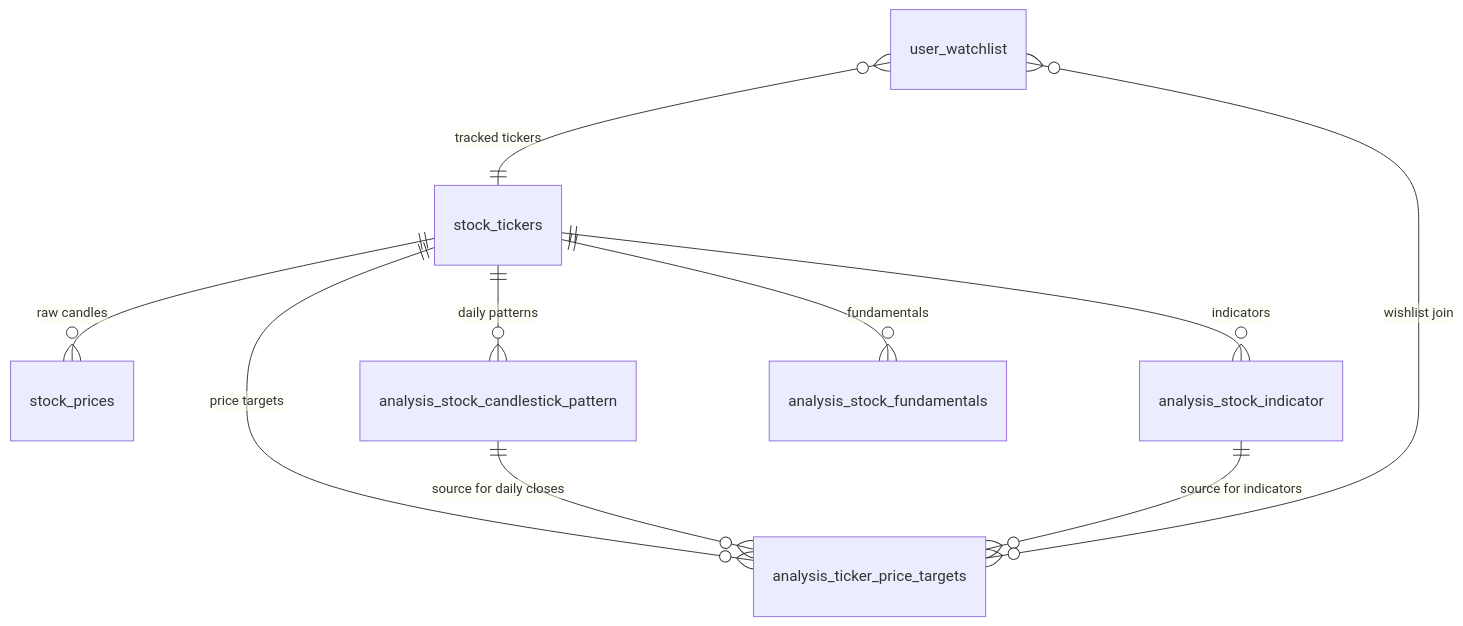
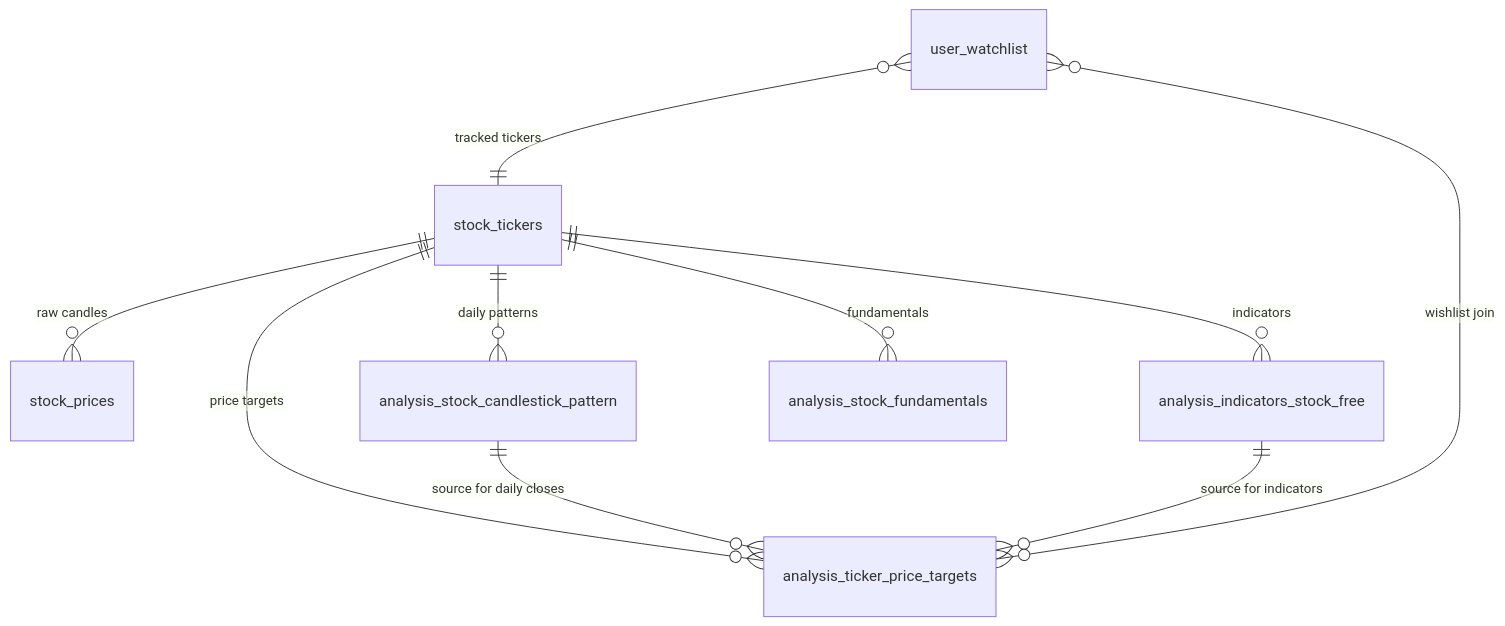
The second of 3 diagrams in instruction/analysis/stock-analysis-pipeline.md (nixonyong911/Stock-And-Crypto-Tracker), drawn with Mermaid before and after one commit. The commit also changed other lines of this file and 61 other files, not shown here.

````diff
--- a/instruction/analysis/stock-analysis-pipeline.md
+++ b/instruction/analysis/stock-analysis-pipeline.md
@@ -179,14 +179,14 @@
 ```mermaid
 erDiagram
     stock_tickers ||--o{ stock_prices : "raw candles"
     stock_tickers ||--o{ analysis_stock_candlestick_pattern : "daily patterns"
-    stock_tickers ||--o{ analysis_stock_indicator : "indicators"
+    stock_tickers ||--o{ analysis_indicators_stock_free : "indicators"
     stock_tickers ||--o{ analysis_stock_fundamentals : "fundamentals"
     stock_tickers ||--o{ analysis_ticker_price_targets : "price targets"
 
     analysis_stock_candlestick_pattern ||--o{ analysis_ticker_price_targets : "source for daily closes"
-    analysis_stock_indicator ||--o{ analysis_ticker_price_targets : "source for indicators"
+    analysis_indicators_stock_free ||--o{ analysis_ticker_price_targets : "source for indicators"
 
     user_watchlist }o--|| stock_tickers : "tracked tickers"
     user_watchlist }o--o{ analysis_ticker_price_targets : "wishlist join"
 ```
````
